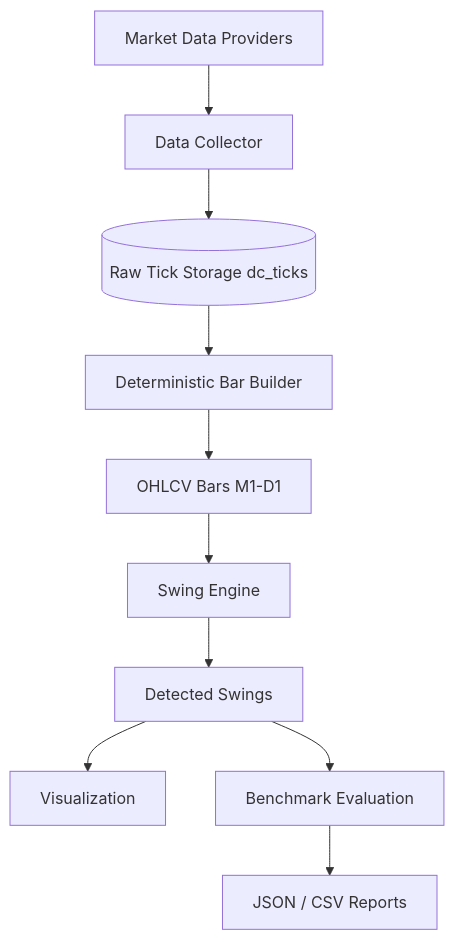
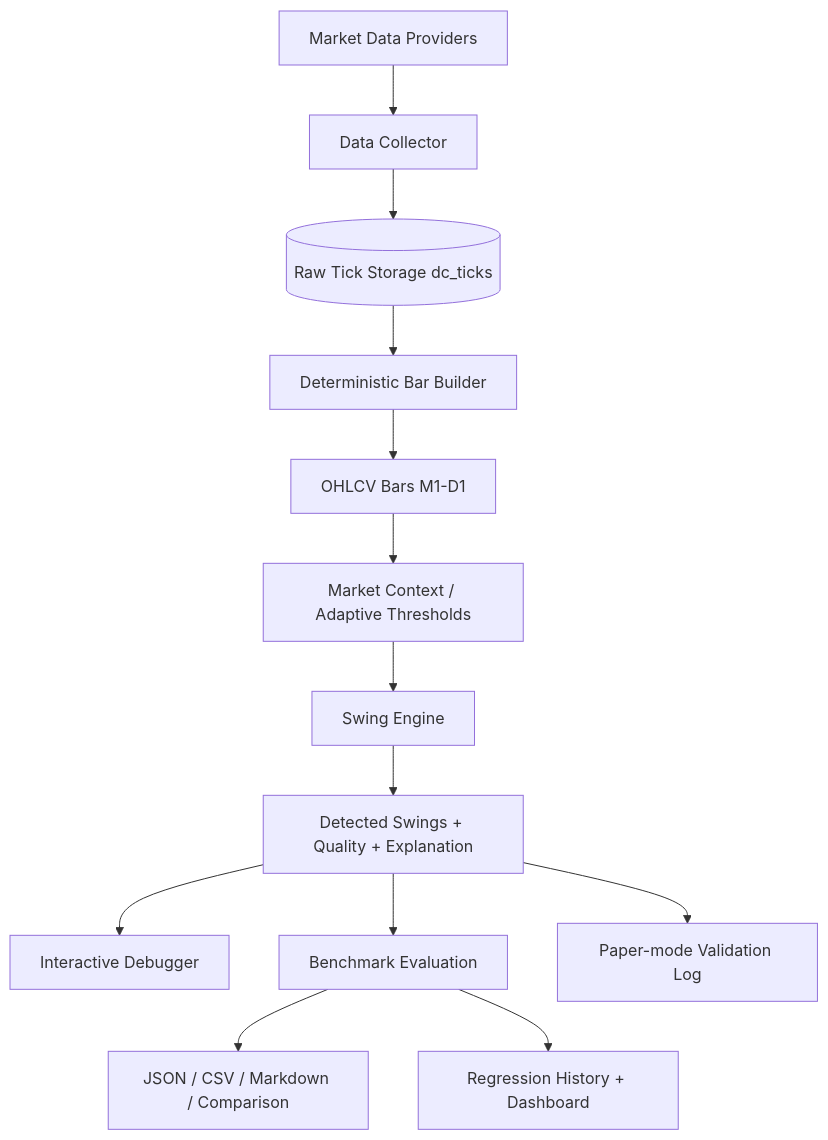
One commit to almightymoon/Forex-Scanner changed the diagram in docs/SWING_DETECTION.md. Above: the diagram before and after it, drawn with Mermaid. The commit also changed other lines of this file and 25 other files, not shown here.

Commit message:
Sprint 3: add adaptive XAUUSD swing validation.

````diff
--- a/docs/SWING_DETECTION.md
+++ b/docs/SWING_DETECTION.md
@@ -5,12 +5,15 @@
 ```mermaid
 flowchart TD
     MD[Market Data Providers] --> DC[Data Collector]
     DC --> RT[(Raw Tick Storage dc_ticks)]
     RT --> BB[Deterministic Bar Builder]
     BB --> BARS[OHLCV Bars M1-D1]
-    BARS --> SE[Swing Engine]
-    SE --> SW[Detected Swings]
-    SW --> VIZ[Visualization]
+    BARS --> CTX[Market Context / Adaptive Thresholds]
+    CTX --> SE[Swing Engine]
+    SE --> SW[Detected Swings + Quality + Explanation]
+    SW --> VIZ[Interactive Debugger]
     SW --> EVAL[Benchmark Evaluation]
-    EVAL --> RPT[JSON / CSV Reports]
+    EVAL --> RPT[JSON / CSV / Markdown / Comparison]
+    EVAL --> HIST[Regression History + Dashboard]
+    SW --> PAPER[Paper-mode Validation Log]
 ```
````
